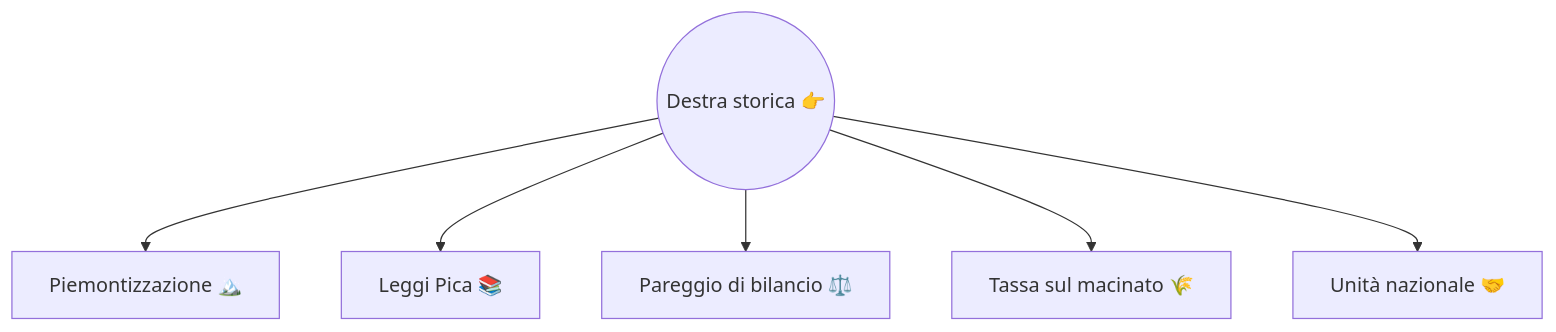
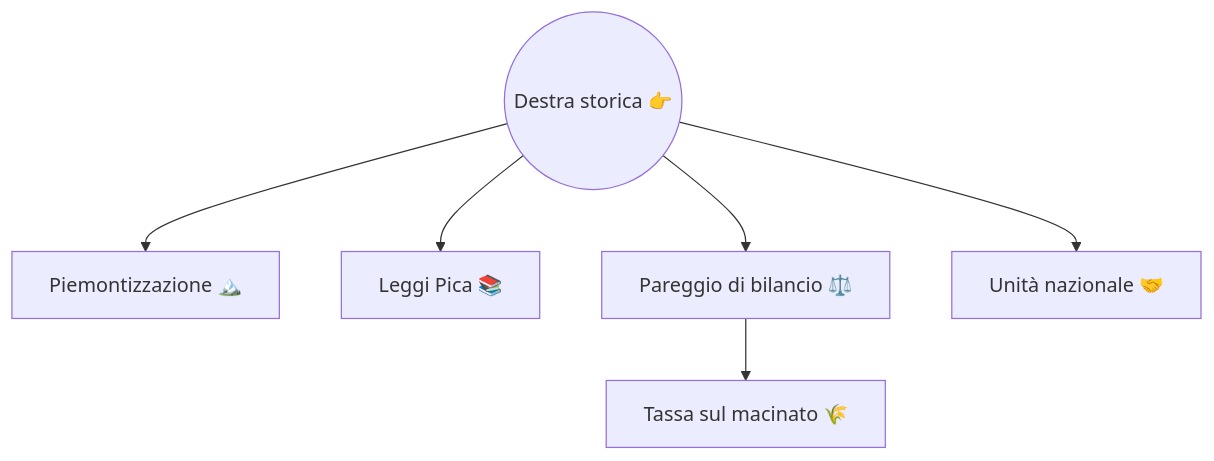
The diagram in storia/verifica-2/3-guerra-di-indipendenza.md (RedaWiki/redawiki.github.io), drawn with Mermaid before and after one commit. The commit also changed other lines of this file, not shown here.

Commit message:
Updated history

````diff
--- a/storia/verifica-2/3-guerra-di-indipendenza.md
+++ b/storia/verifica-2/3-guerra-di-indipendenza.md
@@ -35,16 +35,16 @@
 ``` mermaid
 	graph TB;
-    A((Destra storica 👉))
-    B[Piemontizzazione 🏔️]
-    C[Leggi Pica 📚]
-    D[Pareggio di bilancio ⚖️]
-    E[Tassa sul macinato 🌾]
-    F[Unità nazionale 🤝]
+    A(("Destra storica 👉"))
+    B["Piemontizzazione 🏔️"]
+    C["Leggi Pica 📚"]
+    D["Pareggio di bilancio ⚖️"]
+    E["Tassa sul macinato 🌾"]
+    F["Unità nazionale 🤝"]
 
 
     A --> B
 	A --> C
 	A --> D
-	A --> E
+	D --> E
 	A --> F
 ```
````
